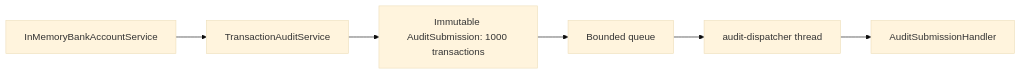
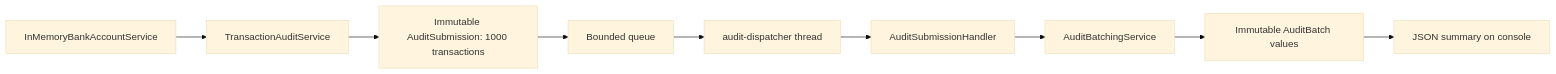
The second of 2 diagrams in docs/design.md (richodia1/financial-account-balance-tracker), drawn with Mermaid (base theme) before and after one commit. The commit also changed other lines of this file and 14 other files, not shown here.

Commit message:
feat: pack value-limited audit batches and print JSON summaries

````diff
--- a/docs/design.md
+++ b/docs/design.md
@@ -83,8 +84,11 @@
 ```mermaid
 flowchart LR
     Account["InMemoryBankAccountService"] --> Collector["TransactionAuditService"]
     Collector --> Window["Immutable AuditSubmission: 1000 transactions"]
     Window --> Queue["Bounded queue"]
     Queue --> Worker["audit-dispatcher thread"]
     Worker --> Handler["AuditSubmissionHandler"]
+    Handler --> Packing["AuditBatchingService"]
+    Packing --> Batches["Immutable AuditBatch values"]
+    Batches --> Output["JSON summary on console"]
 ```
````
